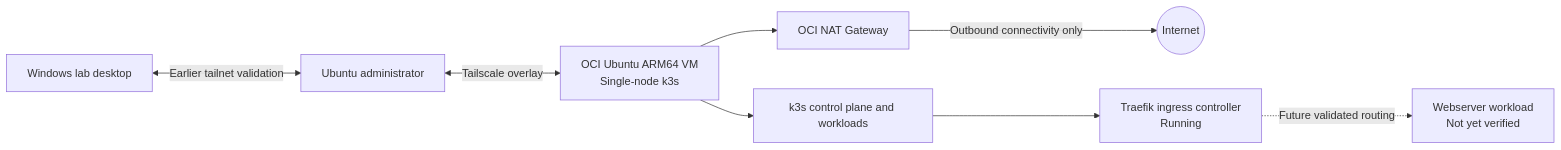
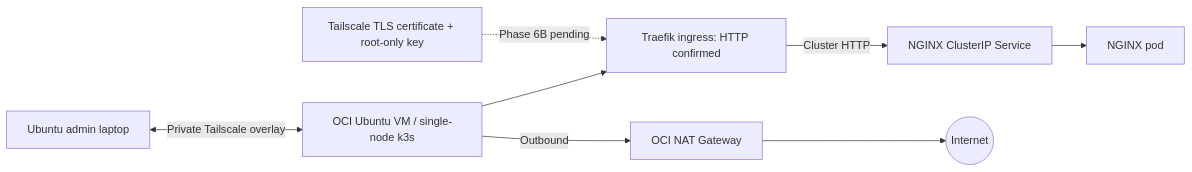
The diagram in secure-kubernetes-homelab-oracle-cloud-updated(1)/secure-kubernetes-homelab/README.md (S0tallySabl3/kubernetes), drawn with Mermaid before and after one commit. The commit also changed other lines of this file and 7 other files, not shown here.

Commit message:
docs: verify Phase 6A Tailscale certificate and prep HTTPS phase

````diff
--- a/secure-kubernetes-homelab-oracle-cloud-updated(1)/secure-kubernetes-homelab/README.md
+++ b/secure-kubernetes-homelab-oracle-cloud-updated(1)/secure-kubernetes-homelab/README.md
@@ -9,10 +9,10 @@
 ```mermaid
 flowchart LR
-    Admin[Ubuntu administrator] <-->|Tailscale overlay| VM[OCI Ubuntu ARM64 VM\nSingle-node k3s]
-    NAT[OCI NAT Gateway] -->|Outbound connectivity only| Internet((Internet))
-    VM --> NAT
-    VM --> K3s[k3s control plane and workloads]
-    K3s --> Traefik[Traefik ingress controller\nRunning]
-    Traefik -. Future validated routing .-> App[Webserver workload\nNot yet verified]
-    Windows[Windows lab desktop] <-->|Earlier tailnet validation| Admin
+  Admin[Ubuntu admin laptop] <-->|Private Tailscale overlay| VM[OCI Ubuntu VM / single-node k3s]
+  VM --> Traefik[Traefik ingress: HTTP confirmed]
+  Traefik -->|Cluster HTTP| Service[NGINX ClusterIP Service]
+  Service --> NGINX[NGINX pod]
+  Cert[Tailscale TLS certificate + root-only key] -.->|Phase 6B pending| Traefik
+  VM -->|Outbound| NAT[OCI NAT Gateway]
+  NAT --> Internet((Internet))
 ```
````
